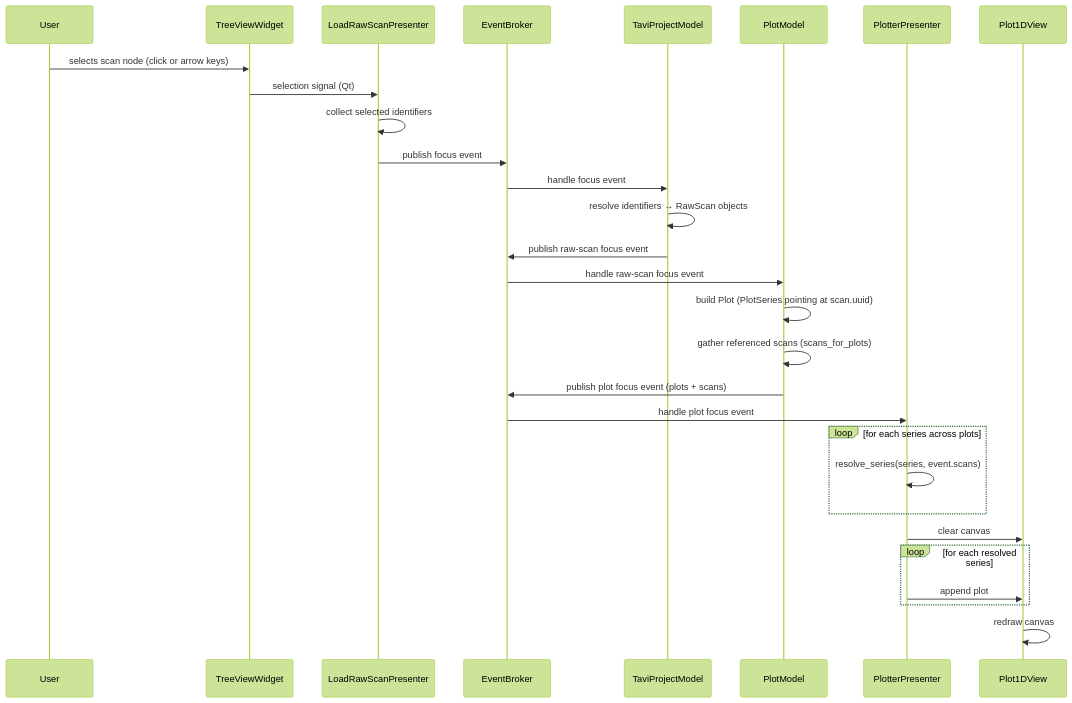
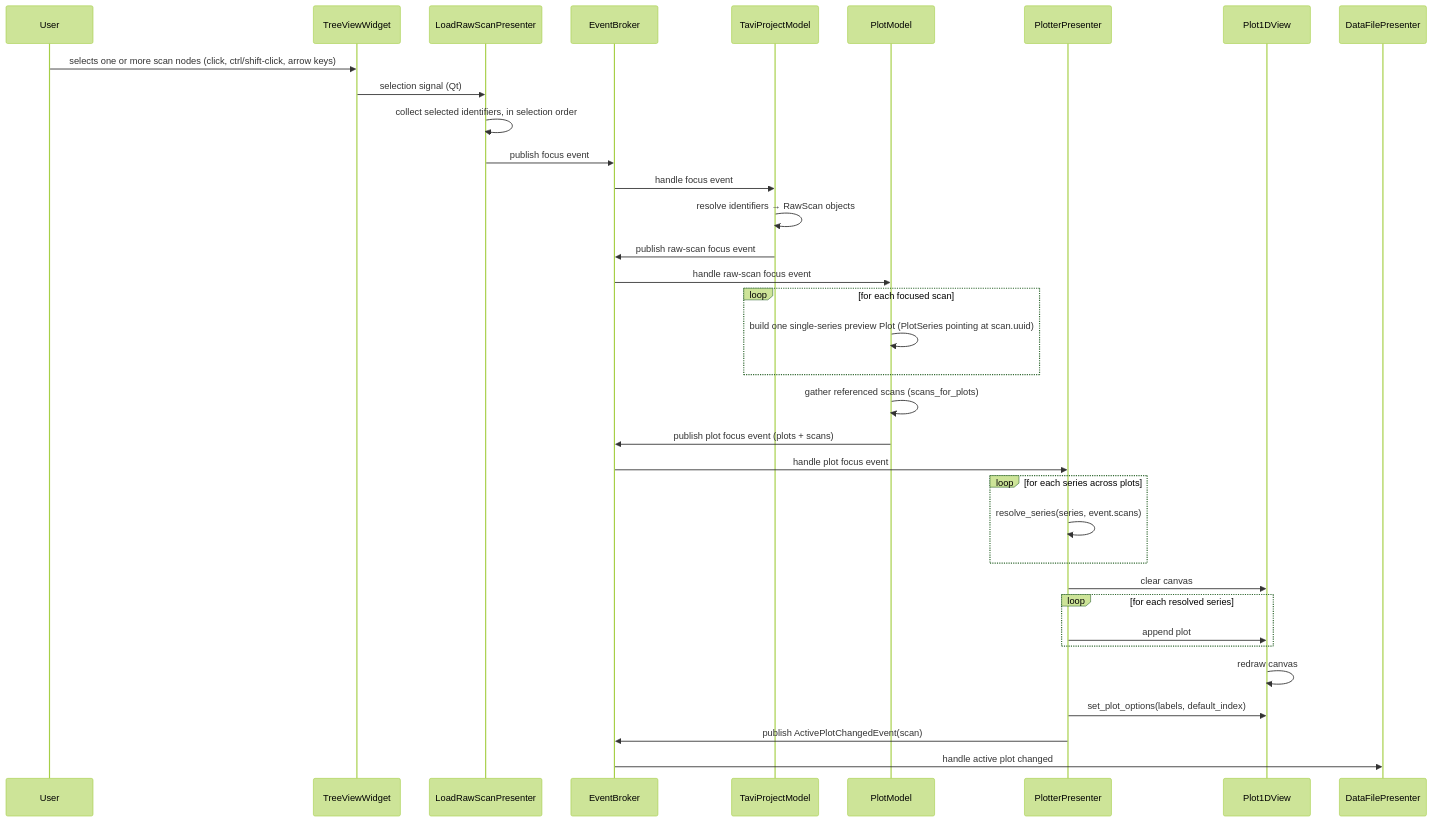
One commit to neutrons/TAVI changed the first of 4 diagrams in docs/source/design/frontend/visualization_flow.rst. Above: the diagram before and after it, drawn with Mermaid (forest theme). The commit also changed other lines of this file and 25 other files, not shown here.

```diff
--- a/docs/source/design/frontend/visualization_flow.rst
+++ b/docs/source/design/frontend/visualization_flow.rst
@@ -45,35 +59,40 @@
 .. mermaid::
 
     sequenceDiagram
         participant User
         participant TreeViewWidget
         participant LoadRawScanPresenter
         participant EventBroker
         participant TaviProjectModel
         participant PlotModel
         participant PlotterPresenter
         participant Plot1DView
 
-        User ->> TreeViewWidget: selects scan node (click or arrow keys)
+        User ->> TreeViewWidget: selects one or more scan nodes (click, ctrl/shift-click, arrow keys)
         TreeViewWidget ->> LoadRawScanPresenter: selection signal (Qt)
-        LoadRawScanPresenter ->> LoadRawScanPresenter: collect selected identifiers
+        LoadRawScanPresenter ->> LoadRawScanPresenter: collect selected identifiers, in selection order
         LoadRawScanPresenter ->> EventBroker: publish focus event
 
         EventBroker ->> TaviProjectModel: handle focus event
         TaviProjectModel ->> TaviProjectModel: resolve identifiers → RawScan objects
         TaviProjectModel ->> EventBroker: publish raw-scan focus event
 
         EventBroker ->> PlotModel: handle raw-scan focus event
-        PlotModel ->> PlotModel: build Plot (PlotSeries pointing at scan.uuid)
+        loop for each focused scan
+            PlotModel ->> PlotModel: build one single-series preview Plot (PlotSeries pointing at scan.uuid)
+        end
         PlotModel ->> PlotModel: gather referenced scans (scans_for_plots)
         PlotModel ->> EventBroker: publish plot focus event (plots + scans)
 
         EventBroker ->> PlotterPresenter: handle plot focus event
         loop for each series across plots
             PlotterPresenter ->> PlotterPresenter: resolve_series(series, event.scans)
         end
         PlotterPresenter ->> Plot1DView: clear canvas
         loop for each resolved series
             PlotterPresenter ->> Plot1DView: append plot
         end
         Plot1DView ->> Plot1DView: redraw canvas
+        PlotterPresenter ->> Plot1DView: set_plot_options(labels, default_index)
+        PlotterPresenter ->> EventBroker: publish ActivePlotChangedEvent(scan)
+        EventBroker ->> DataFilePresenter: handle active plot changed
```
